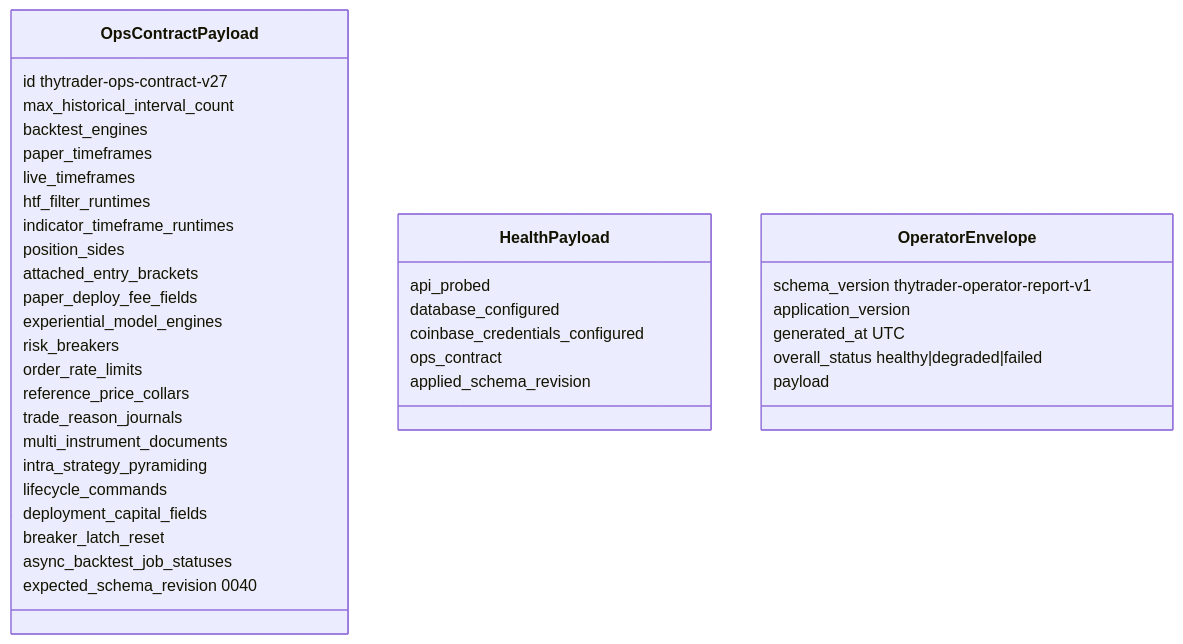
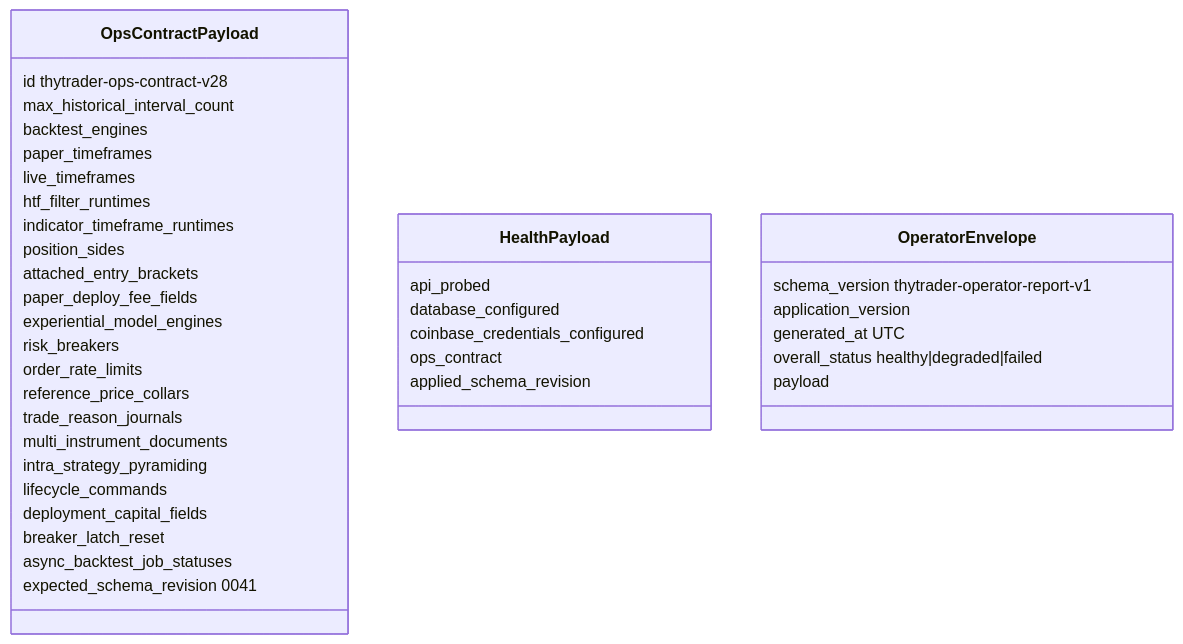
The diagram in docs/architecture/contracts/ops-contract.md (Zoltesh/thytrader), drawn with Mermaid before and after one commit. The commit also changed other lines of this file and 25 other files, not shown here.

````diff
--- a/docs/architecture/contracts/ops-contract.md
+++ b/docs/architecture/contracts/ops-contract.md
@@ -37,41 +37,41 @@
 ```mermaid
 classDiagram
   class OpsContractPayload {
-    id thytrader-ops-contract-v27
+    id thytrader-ops-contract-v28
     max_historical_interval_count
     backtest_engines
     paper_timeframes
     live_timeframes
     htf_filter_runtimes
     indicator_timeframe_runtimes
     position_sides
     attached_entry_brackets
     paper_deploy_fee_fields
     experiential_model_engines
     risk_breakers
     order_rate_limits
     reference_price_collars
     trade_reason_journals
     multi_instrument_documents
     intra_strategy_pyramiding
     lifecycle_commands
     deployment_capital_fields
     breaker_latch_reset
     async_backtest_job_statuses
-    expected_schema_revision 0040
+    expected_schema_revision 0041
   }
   class HealthPayload {
     api_probed
     database_configured
     coinbase_credentials_configured
     ops_contract
     applied_schema_revision
   }
   class OperatorEnvelope {
     schema_version thytrader-operator-report-v1
     application_version
     generated_at UTC
     overall_status healthy|degraded|failed
     payload
   }
 ```
````
